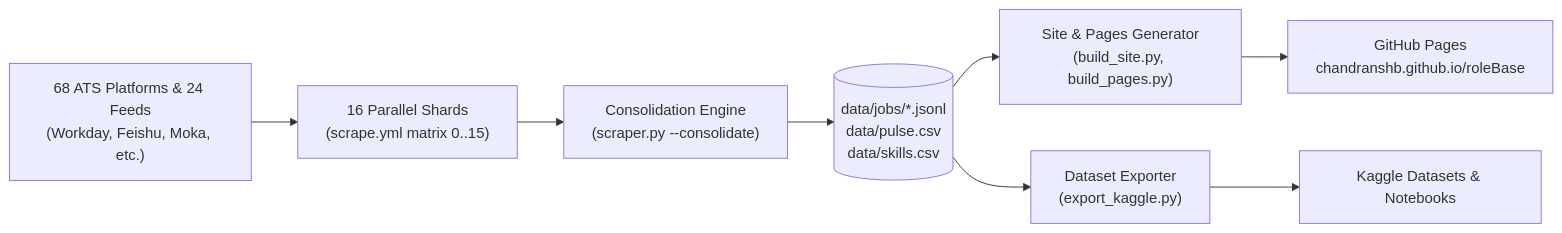
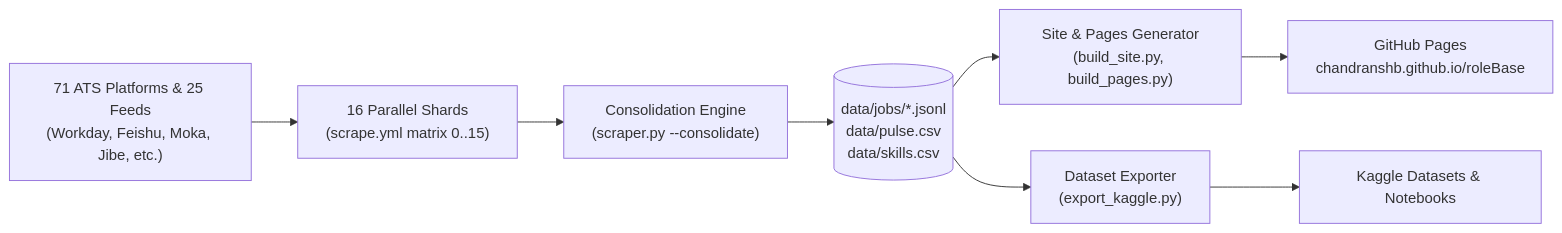
Before and after one commit to chandranshB/roleBase: the diagram in README.md, drawn with Mermaid. The commit also changed other lines of this file and 5 other files, not shown here.

````diff
--- a/README.md
+++ b/README.md
@@ -108,10 +108,10 @@
 ```mermaid
 flowchart LR
-    A["68 ATS Platforms & 24 Feeds<br/>(Workday, Feishu, Moka, etc.)"] --> B["16 Parallel Shards<br/>(scrape.yml matrix 0..15)"]
+    A["71 ATS Platforms & 25 Feeds<br/>(Workday, Feishu, Moka, Jibe, etc.)"] --> B["16 Parallel Shards<br/>(scrape.yml matrix 0..15)"]
     B --> C["Consolidation Engine<br/>(scraper.py --consolidate)"]
     C --> D[("data/jobs/*.jsonl<br/>data/pulse.csv<br/>data/skills.csv")]
     D --> E["Site & Pages Generator<br/>(build_site.py, build_pages.py)"]
     D --> F["Dataset Exporter<br/>(export_kaggle.py)"]
     E --> G["GitHub Pages<br/>chandranshb.github.io/roleBase"]
     F --> H["Kaggle Datasets & Notebooks"]
 ```
````
